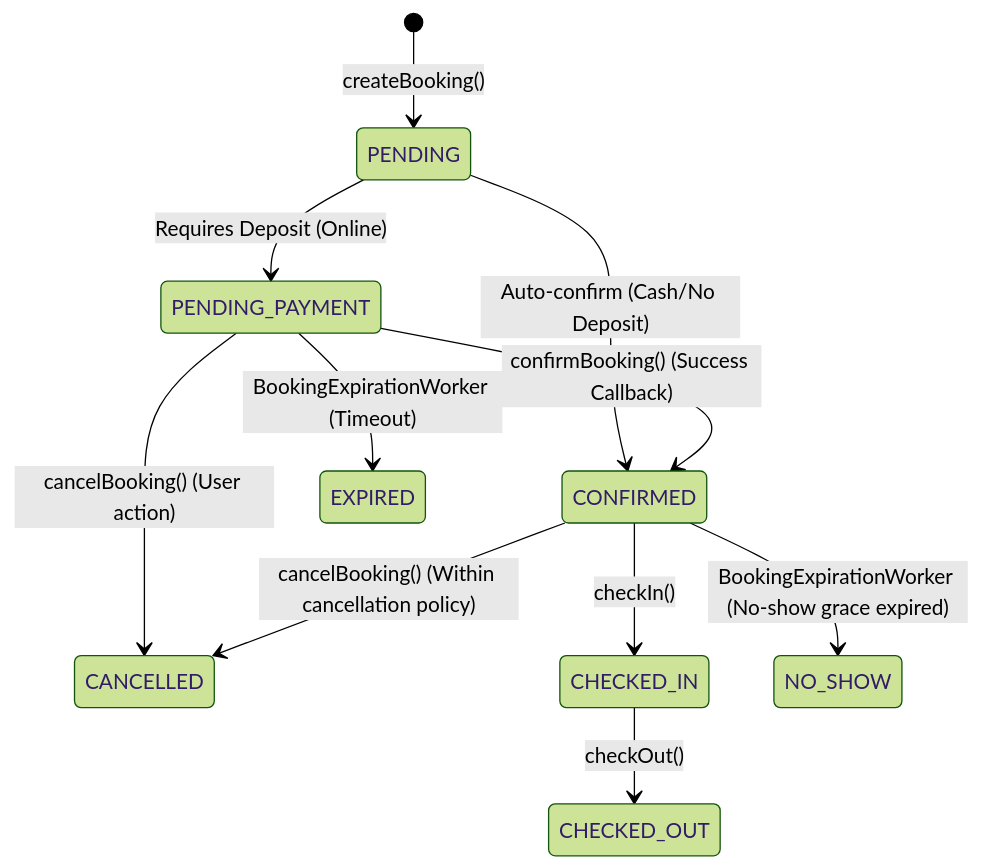
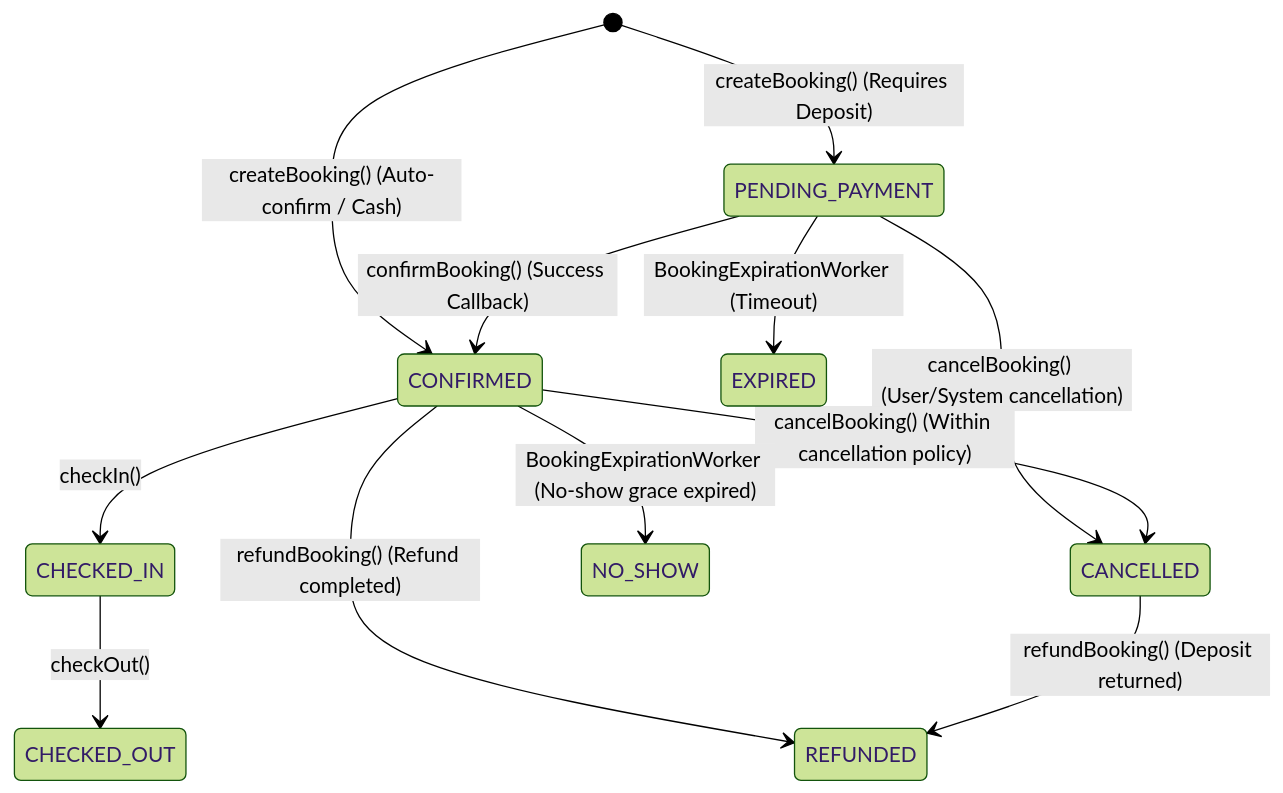
Before and after one commit to NQHxDev/OmniBooking: the diagram in Docs/ADR_BOOKING_LIFECYCLE.md, drawn with Mermaid (forest theme). The commit also changed other lines of this file and 39 other files, not shown here.

````diff
--- a/Docs/ADR_BOOKING_LIFECYCLE.md
+++ b/Docs/ADR_BOOKING_LIFECYCLE.md
@@ -18,16 +18,18 @@
 ```mermaid
 stateDiagram-v2
-    [*] --> PENDING : createBooking()
-    PENDING --> PENDING_PAYMENT : Requires Deposit (Online)
-    PENDING --> CONFIRMED : Auto-confirm (Cash/No Deposit)
+    [*] --> PENDING_PAYMENT : createBooking() (Requires Deposit)
+    [*] --> CONFIRMED : createBooking() (Auto-confirm / Cash)
 
     PENDING_PAYMENT --> CONFIRMED : confirmBooking() (Success Callback)
     PENDING_PAYMENT --> EXPIRED : BookingExpirationWorker (Timeout)
-    PENDING_PAYMENT --> CANCELLED : cancelBooking() (User action)
+    PENDING_PAYMENT --> CANCELLED : cancelBooking() (User/System cancellation)
 
     CONFIRMED --> CHECKED_IN : checkIn()
     CONFIRMED --> CANCELLED : cancelBooking() (Within cancellation policy)
     CONFIRMED --> NO_SHOW : BookingExpirationWorker (No-show grace expired)
+    CONFIRMED --> REFUNDED : refundBooking() (Refund completed)
+
+    CANCELLED --> REFUNDED : refundBooking() (Deposit returned)
 
     CHECKED_IN --> CHECKED_OUT : checkOut()
 ```
````
